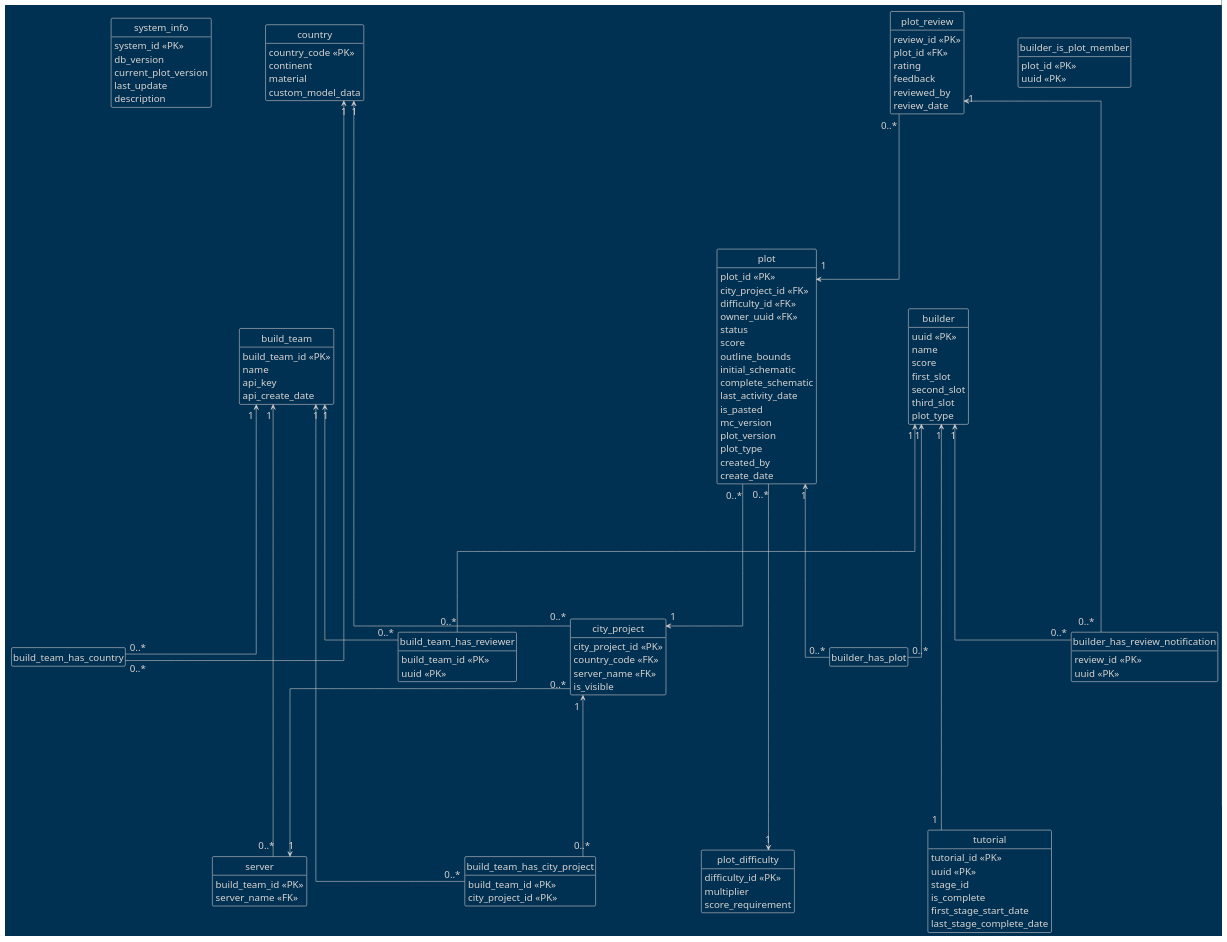
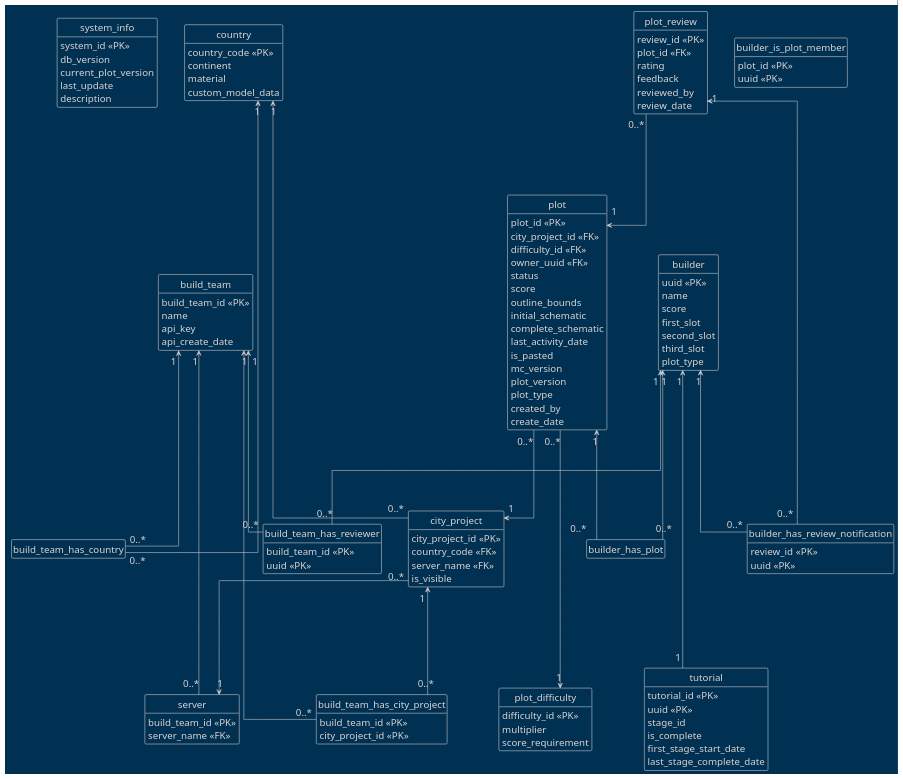
Before and after one commit to AlpsBTE/Plot-System-DB: the diagram in logical-db.puml, drawn with PlantUML. The commit also changed 2 other files, not shown here.

Commit message:
replace conceptual with logical schema in README

```diff
--- a/logical-db.puml
+++ b/logical-db.puml
@@ -1,141 +1,141 @@
 @startuml
-skinparam nodesep 100
-skinparam ranksep 250
+skinparam nodesep 50
+skinparam ranksep 150
 skinparam defaultFontSize 18
 
 skinparam linetype ortho
 
 hide circle
 hide empty members
 !theme blueprint
 
 entity system_info {
     system_id <<PK>>
     db_version
     current_plot_version
     last_update
     description
 }
 
 entity build_team {
     build_team_id <<PK>>
     name
     api_key
     api_create_date
 }
 
 entity server {
     build_team_id <<PK>>
     server_name <<FK>>
 }
 
 entity country {
     country_code <<PK>>
     continent
     material
     custom_model_data
 }
 
 entity city_project {
     city_project_id <<PK>>
     country_code <<FK>>
     server_name <<FK>>
     is_visible
 }
 
 entity builder {
     uuid <<PK>>
     name
     score
     first_slot
     second_slot
     third_slot
     plot_type
 }
 
 entity plot_difficulty {
     difficulty_id <<PK>>
     multiplier
     score_requirement
 }
 
 entity plot {
     plot_id <<PK>>
     city_project_id <<FK>>
     difficulty_id <<FK>>
     owner_uuid <<FK>>
     status
     score
     outline_bounds
     initial_schematic
     complete_schematic
     last_activity_date
     is_pasted
     mc_version
     plot_version
     plot_type
     created_by
     create_date
 }
 
 entity tutorial {
     tutorial_id <<PK>>
     uuid <<PK>>
     stage_id
     is_complete
     first_stage_start_date
     last_stage_complete_date
 }
 
 entity plot_review {
     review_id <<PK>>
     plot_id <<FK>>
     rating
     feedback
     reviewed_by
     review_date
 }
 
 entity build_team_has_city_project {
     build_team_id <<PK>>
     city_project_id <<PK>>
 }
 
 entity build_team_has_reviewer {
     build_team_id <<PK>>
     uuid <<PK>>
 }
 
 entity builder_has_review_notification {
     review_id <<PK>>
     uuid <<PK>>
 }
 
 entity builder_is_plot_member {
     plot_id <<PK>>
     uuid <<PK>>
 }
 
 build_team "1" <-- "0..*" build_team_has_city_project
 build_team "1" <-- "0..*" build_team_has_country
 build_team "1" <-- "0..*" build_team_has_reviewer
 build_team "1" <-- "0..*" server
 
 country "1" <--- "0..*" city_project
 country "1" <--- "0..*" build_team_has_country
 
 city_project "1" <-- "0..*" build_team_has_city_project
 city_project "0..*" --> "1" server
 
 plot_review "1" <-- "0..*" builder_has_review_notification
 plot_review "0..*" --> "1" plot
 
 builder "1" <-- "0..*" build_team_has_reviewer
 builder "1" <--- "1" tutorial
 builder "1" <-- "0..*" builder_has_review_notification
 builder "1" <-- "0..*" builder_has_plot
 
 plot "0..*" --> "1" city_project
 plot "0..*" ---> "1" plot_difficulty
 plot "1" <-- "0..*" builder_has_plot
 @enduml
```
